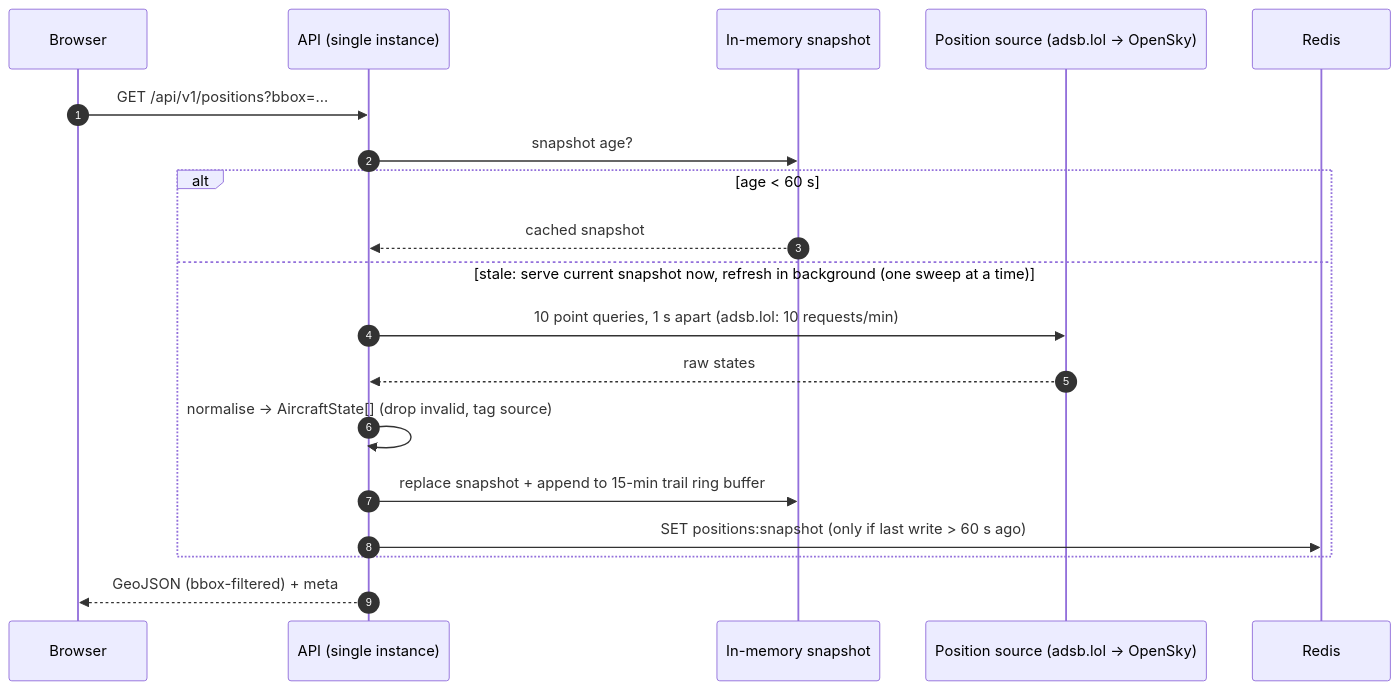
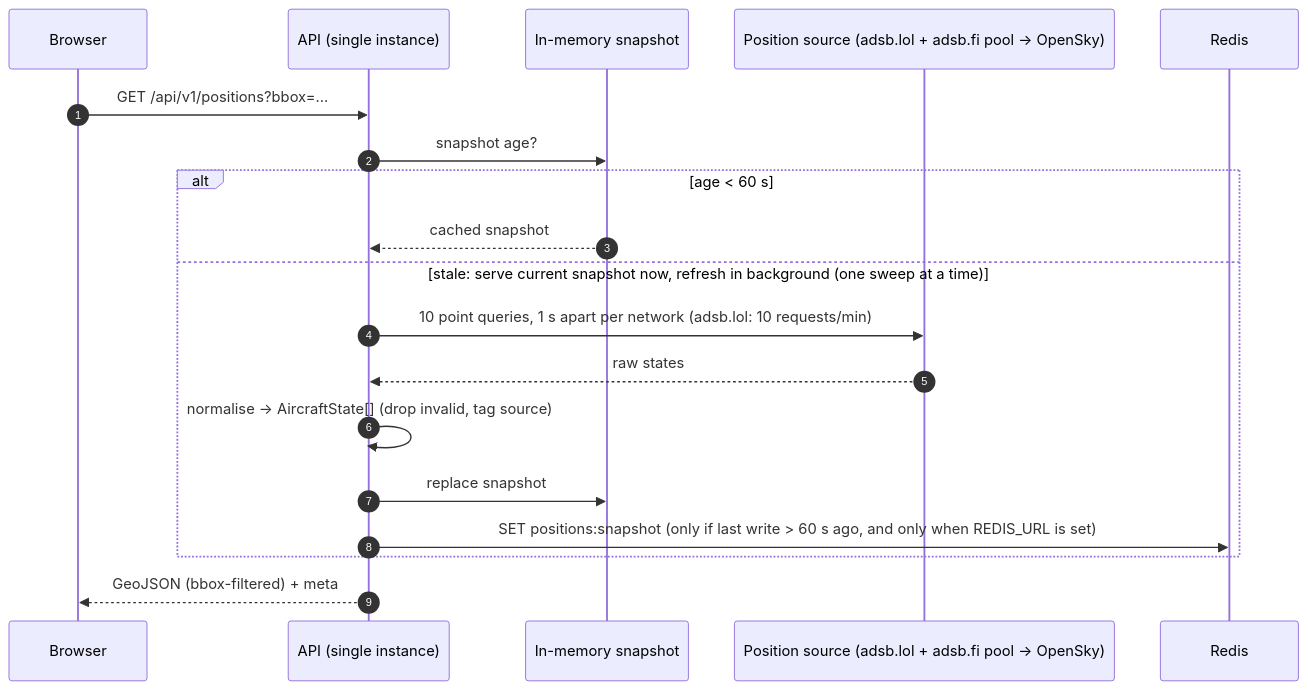
Before and after one commit to NagbhushanPai/AeroGuide: the first of 2 diagrams in docs/architecture/flight-data-flow.md, drawn with Mermaid. The commit also changed other lines of this file and 12 other files, not shown here.

First line of the commit message:
docs: bring architecture and database docs in line with the deployed code

````diff
--- a/docs/architecture/flight-data-flow.md
+++ b/docs/architecture/flight-data-flow.md
@@ -7,22 +7,22 @@
 ```mermaid
 sequenceDiagram
   autonumber
   participant B as Browser
   participant A as API (single instance)
   participant M as In-memory snapshot
-  participant P as Position source (adsb.lol → OpenSky)
+  participant P as Position source (adsb.lol + adsb.fi pool → OpenSky)
   participant R as Redis
 
   B->>A: GET /api/v1/positions?bbox=…
   A->>M: snapshot age?
   alt age < 60 s
     M-->>A: cached snapshot
   else stale: serve current snapshot now, refresh in background (one sweep at a time)
-    A->>P: 10 point queries, 1 s apart (adsb.lol: 10 requests/min)
+    A->>P: 10 point queries, 1 s apart per network (adsb.lol: 10 requests/min)
     P-->>A: raw states
     A->>A: normalise → AircraftState[] (drop invalid, tag source)
-    A->>M: replace snapshot + append to 15-min trail ring buffer
-    A->>R: SET positions:snapshot (only if last write > 60 s ago)
+    A->>M: replace snapshot
+    A->>R: SET positions:snapshot (only if last write > 60 s ago, and only when REDIS_URL is set)
   end
   A-->>B: GeoJSON (bbox-filtered) + meta
 ```
````
